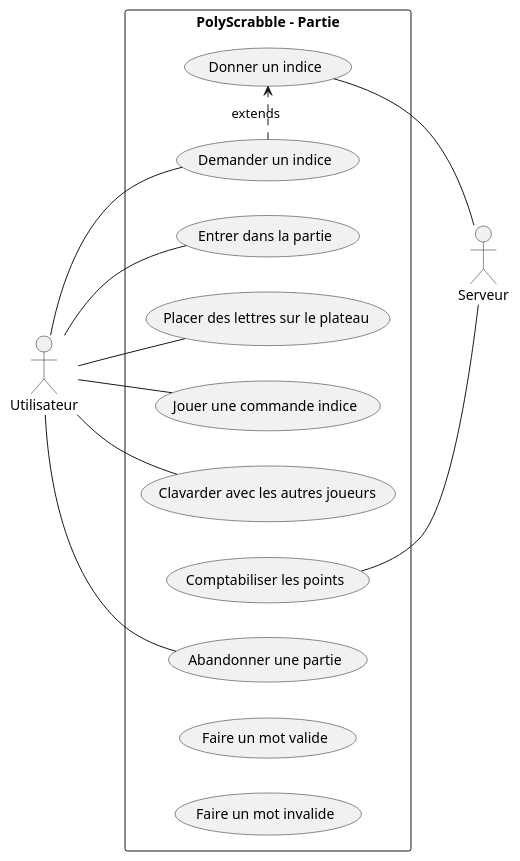
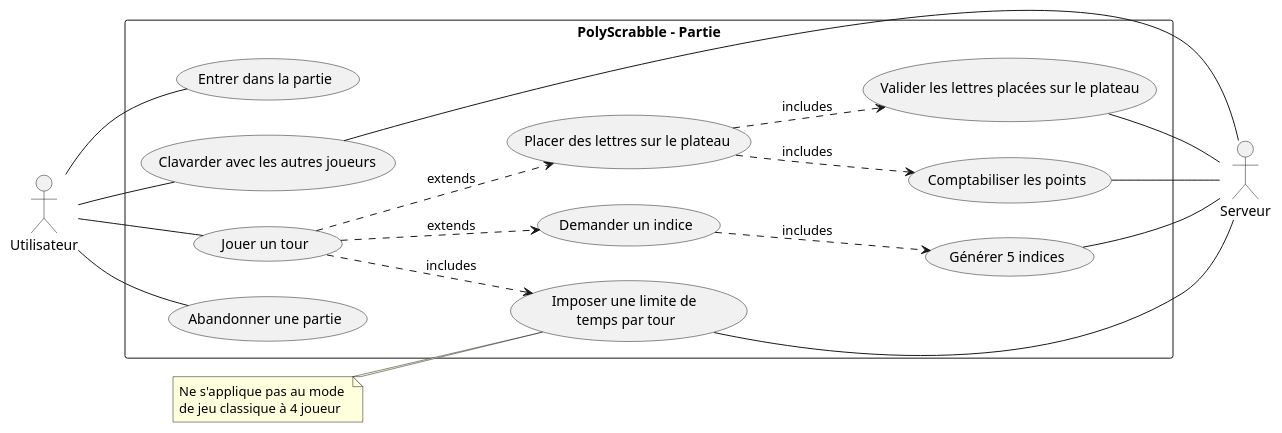
Before and after one commit to yasskadd/Scrabble: the fifth of 11 diagrams in doc/LOG3900-110_Architecture_Logiciel.md, drawn with PlantUML. The commit also changed other lines of this file, not shown here.

Commit message:
more diagrams added

```diff
--- a/doc/LOG3900-110_Architecture_Logiciel.md
+++ b/doc/LOG3900-110_Architecture_Logiciel.md
@@ -177,33 +176,41 @@
 @startuml
 
 left to right direction
 
 actor Utilisateur as user
 actor Serveur as server
 
 rectangle "PolyScrabble - Partie" {
 usecase "Entrer dans la partie" as UC1
+usecase "Clavarder avec les autres joueurs" as UC4
+usecase "Jouer un tour" as UC10
 usecase "Placer des lettres sur le plateau" as UC2
-usecase "Jouer une commande indice" as UC3
-usecase "Clavarder avec les autres joueurs" as UC4
 usecase "Comptabiliser les points" as UC5
 usecase "Abandonner une partie" as UC6
 usecase "Demander un indice" as UC7
-usecase "Donner un indice" as UC8
-usecase "Faire un mot valide" as UC9
-usecase "Faire un mot invalide" as UC10
+usecase "Générer 5 indices" as UC8
+usecase "Valider les lettres placées sur le plateau" as UC9
+usecase "Imposer une limite de \ntemps par tour" as UC11
 }
 
 user -- UC1
-user -- UC2
-user -- UC3
+user -- UC6
 user -- UC4
-user -- UC6
-user -- UC7
+user -- UC10
 
-UC7 .> UC8 : extends
+UC10 ..> UC2 : extends
+UC10 ..> UC7 : extends
+UC10 ..> UC11 : includes
+UC7 ..> UC8 : includes
+UC2 ..> UC9 : includes
+UC2 ..> UC5 : includes
 
 UC8 -- server
 UC5 -- server
+UC9 -- server
+UC4 -- server
+UC11 -- server
+
+note left of UC11 : Ne s'applique pas au mode \nde jeu classique à 4 joueur
 
 @enduml
```
